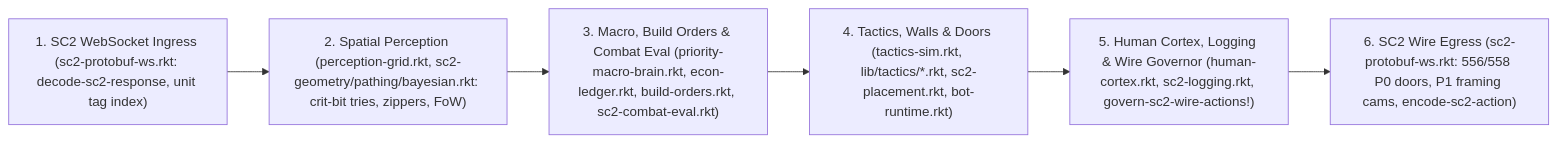
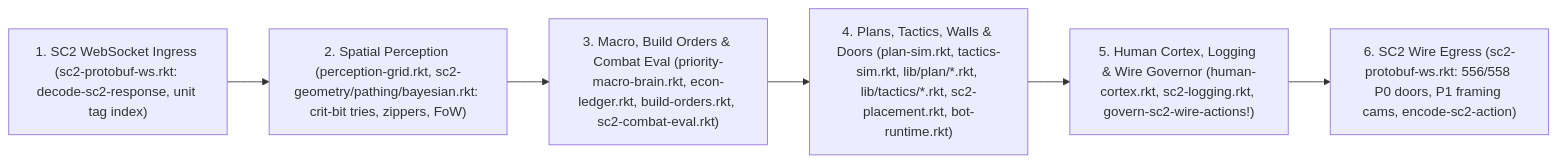
The diagram in README.md (sticklane/mothman-sc2-bot), drawn with Mermaid before and after one commit. The commit also changed other lines of this file and 21 other files, not shown here.

Commit message:
refactor(plan): separate lib/plan modules from lib/tactics and rebuild AI Arena BotZips

````diff
--- a/README.md
+++ b/README.md
@@ -57,8 +58,8 @@
 ```mermaid
 flowchart LR
     WS_IN["1. SC2 WebSocket Ingress (sc2-protobuf-ws.rkt: decode-sc2-response, unit tag index)"] --> L1["2. Spatial Perception (perception-grid.rkt, sc2-geometry/pathing/bayesian.rkt: crit-bit tries, zippers, FoW)"]
     L1 --> L2["3. Macro, Build Orders & Combat Eval (priority-macro-brain.rkt, econ-ledger.rkt, build-orders.rkt, sc2-combat-eval.rkt)"]
-    L2 --> L34["4. Tactics, Walls & Doors (tactics-sim.rkt, lib/tactics/*.rkt, sc2-placement.rkt, bot-runtime.rkt)"]
+    L2 --> L34["4. Plans, Tactics, Walls & Doors (plan-sim.rkt, tactics-sim.rkt, lib/plan/*.rkt, lib/tactics/*.rkt, sc2-placement.rkt, bot-runtime.rkt)"]
     L34 --> L5["5. Human Cortex, Logging & Wire Governor (human-cortex.rkt, sc2-logging.rkt, govern-sc2-wire-actions!)"]
     L5 --> WS_OUT["6. SC2 Wire Egress (sc2-protobuf-ws.rkt: 556/558 P0 doors, P1 framing cams, encode-sc2-action)"]
 ```
````
